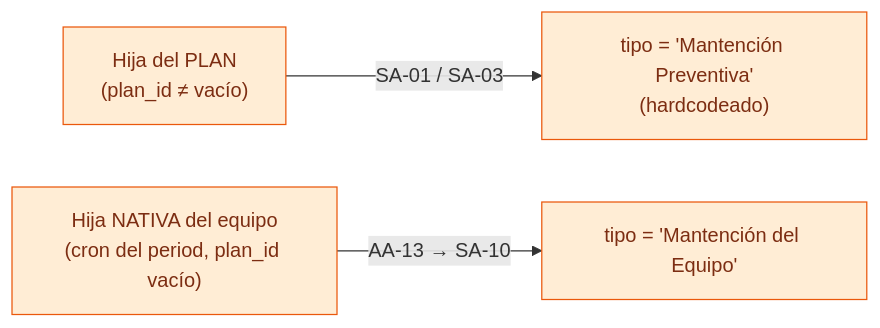
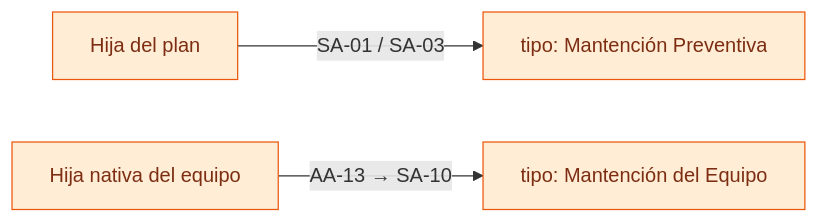
Diagram 17 of 18 in maintenance_plan/PROCESOS_Y_FLUJOS.md (dcuerowe/odoo_con_mantenciones), drawn with Mermaid before and after one commit. The commit also changed other lines of this file and 1 other file, not shown here.

Commit message:
Cambios dentro de maintenance_plan

````diff
--- a/maintenance_plan/PROCESOS_Y_FLUJOS.md
+++ b/maintenance_plan/PROCESOS_Y_FLUJOS.md
@@ -417,8 +534,8 @@
 ```mermaid
 flowchart LR
-    P["Hija del PLAN<br/>(plan_id ≠ vacío)"]:::auto
-    N["Hija NATIVA del equipo<br/>(cron del period, plan_id vacío)"]:::auto
-    P -->|"SA-01 / SA-03"| TP["tipo = 'Mantención Preventiva'<br/>(hardcodeado)"]:::auto
-    N -->|"AA-13 → SA-10"| TN["tipo = 'Mantención del Equipo'"]:::auto
+    P["Hija del plan"]:::auto
+    N["Hija nativa del equipo"]:::auto
+    P -->|"SA-01 / SA-03"| TP["tipo: Mantención Preventiva"]:::auto
+    N -->|"AA-13 → SA-10"| TN["tipo: Mantención del Equipo"]:::auto
     classDef auto fill:#ffedd5,stroke:#ea580c,color:#7c2d12;
 ```
````
